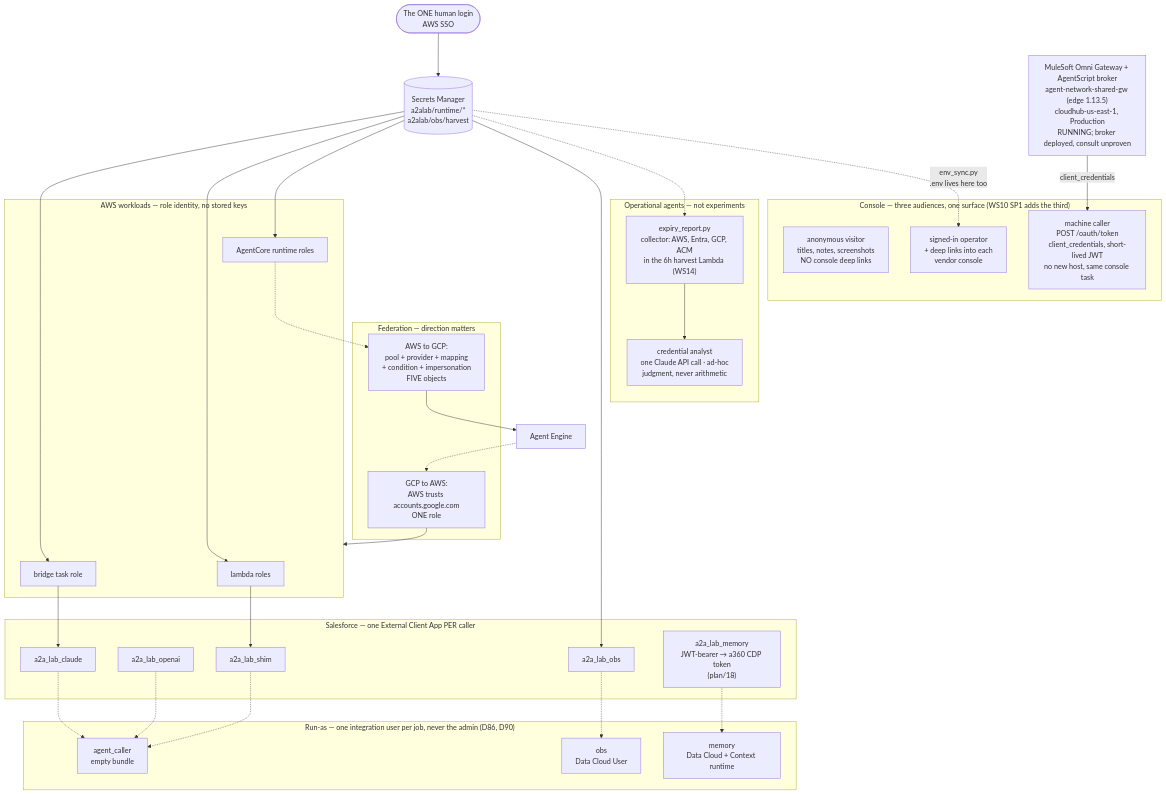
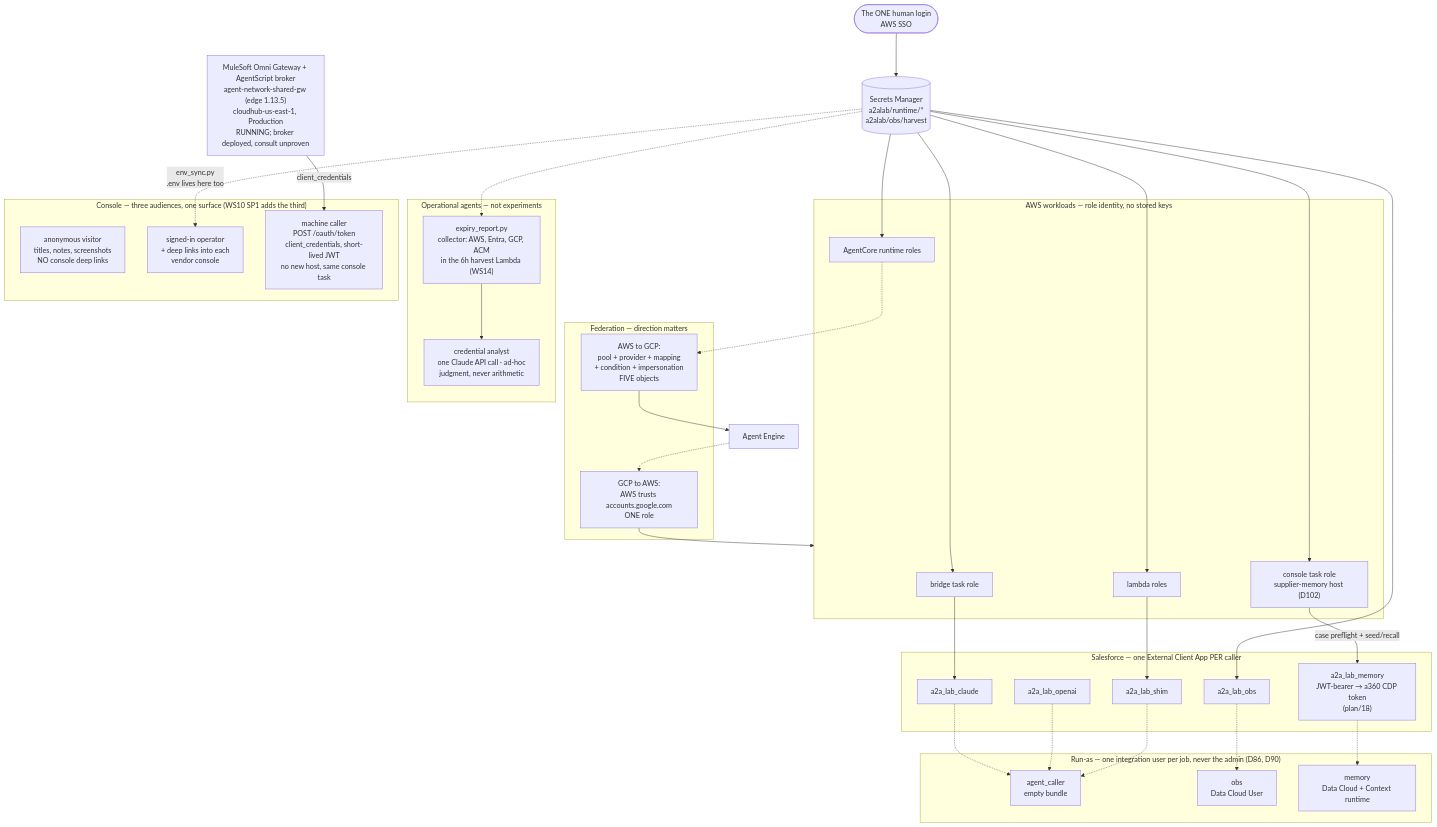
Before and after one commit to congmingwudi/a2a-lab: the sixth of 11 diagrams in plan/09-deployment-map.md, drawn with Mermaid. The commit also changed 18 other files, not shown here.

Commit message:
WS27 B1: answer supplier memory review

````diff
--- a/plan/09-deployment-map.md
+++ b/plan/09-deployment-map.md
@@ -412,61 +412,64 @@
 ```mermaid
 flowchart TB
   HUMAN(["The ONE human login<br/>AWS SSO"])
   HUMAN --> SM[("Secrets Manager<br/>a2alab/runtime/*<br/>a2alab/obs/harvest")]
 
   subgraph AWSID["AWS workloads — role identity, no stored keys"]
     TR["bridge task role"]
     LR["lambda roles"]
     AR["AgentCore runtime roles"]
+    CT["console task role<br/>supplier-memory host (D102)"]
   end
   SM --> TR
   SM --> LR
   SM --> AR
+  SM --> CT
 
   subgraph SFID["Salesforce — one External Client App PER caller"]
     E1["a2a_lab_claude"]
     E2["a2a_lab_openai"]
     E3["a2a_lab_shim"]
     E4["a2a_lab_obs"]
     E5["a2a_lab_memory<br/>JWT-bearer → a360 CDP token<br/>(plan/18)"]
   end
   subgraph SFU["Run-as — one integration user per job, never the admin (D86, D90)"]
     U1["agent_caller<br/>empty bundle"]
     U2["obs<br/>Data Cloud User"]
     U3["memory<br/>Data Cloud + Context runtime"]
   end
   E1 -.-> U1
   E2 -.-> U1
   E3 -.-> U1
   E4 -.-> U2
   E5 -.-> U3
   TR --> E1
   LR --> E3
   SM --> E4
+  CT -->|"case preflight + seed/recall"| E5
 
   subgraph FED["Federation — direction matters"]
     G2A["GCP to AWS:<br/>AWS trusts accounts.google.com<br/>ONE role"]
     A2G["AWS to GCP:<br/>pool + provider + mapping<br/>+ condition + impersonation<br/>FIVE objects"]
   end
   AR -.-> A2G
   A2G --> ADKX["Agent Engine"]
   ADKX -.-> G2A
   G2A --> AWSID
 
   subgraph OPS["Operational agents — not experiments"]
     EXP["expiry_report.py<br/>collector: AWS, Entra, GCP, ACM<br/>in the 6h harvest Lambda (WS14)"]
     CANA["credential analyst<br/>one Claude API call · ad-hoc<br/>judgment, never arithmetic"]
     EXP --> CANA
   end
   SM -.-> EXP
 
   subgraph PUB["Console — three audiences, one surface (WS10 SP1 adds the third)"]
     ANON["anonymous visitor<br/>titles, notes, screenshots<br/>NO console deep links"]
     OPER["signed-in operator<br/>+ deep links into each<br/>vendor console"]
     MACH["machine caller<br/>POST /oauth/token<br/>client_credentials, short-lived JWT<br/>no new host, same console task"]
   end
   SM -.->|"env_sync.py<br/>.env lives here too"| OPER
 
   MULE["MuleSoft Omni Gateway + AgentScript broker<br/>agent-network-shared-gw (edge 1.13.5)<br/>cloudhub-us-east-1, Production<br/>RUNNING; broker deployed, consult unproven"]
   MULE -->|"client_credentials"| MACH
 ```
````
